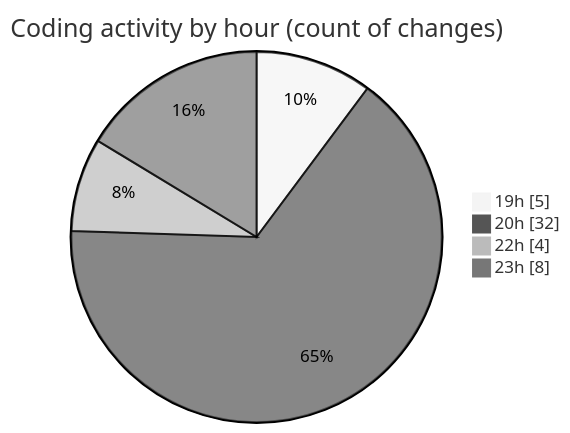
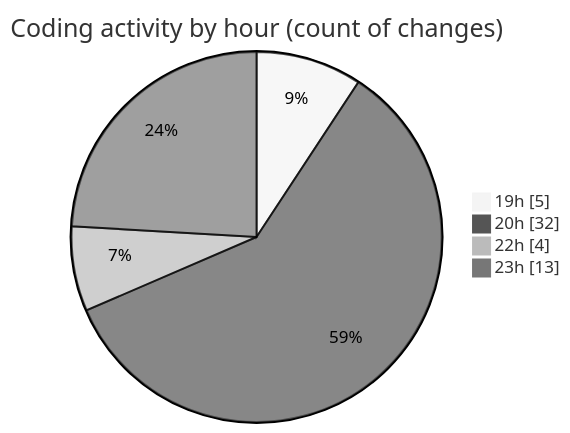
One commit to Netris89/code-tracking changed the second of 2 diagrams in 2025-04-25/echo/README.md. Above: the diagram before and after it, drawn with Mermaid (neutral theme). The commit also changed other lines of this file and 1 other file, not shown here.

````diff
--- a/2025-04-25/echo/README.md
+++ b/2025-04-25/echo/README.md
@@ -31,8 +33,8 @@
 ```mermaid
 pie showData
 title Coding activity by hour (count of changes)
 "19h" : 5
 "20h" : 32
 "22h" : 4
-"23h" : 8
+"23h" : 13
 ```
````
